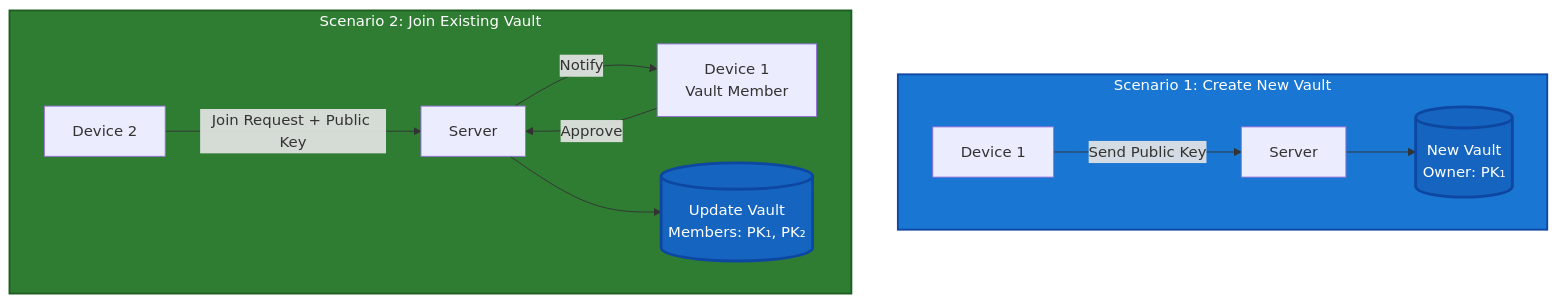
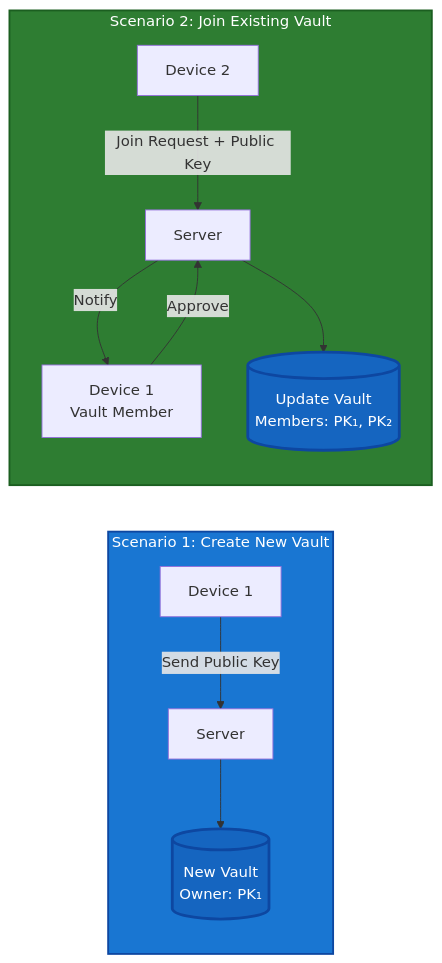
One commit to meta-secret/meta-secret-core changed the fifth of 11 diagrams in docs/meta-secret-technical-presentation.md. Above: the diagram before and after it, drawn with Mermaid. The commit also changed other lines of this file, not shown here.

Commit message:
improvements

````diff
--- a/docs/meta-secret-technical-presentation.md
+++ b/docs/meta-secret-technical-presentation.md
@@ -364,19 +314,19 @@
 ```mermaid
-flowchart TB
+flowchart LR
     subgraph CREATE["Scenario 1: Create New Vault"]
         D1[Device 1] -->|Send Public Key| S1[Server]
         S1 --> V1[(New Vault<br/>Owner: PK₁)]
     end
     
     subgraph JOIN["Scenario 2: Join Existing Vault"]
         D2[Device 2] -->|Join Request + Public Key| S2[Server]
         S2 -->|Notify| D1B[Device 1<br/>Vault Member]
         D1B -->|Approve| S2
         S2 --> V2[(Update Vault<br/>Members: PK₁, PK₂)]
     end
     
     style V1 fill:#1565c0,color:#fff,stroke:#0d47a1,stroke-width:3px
     style V2 fill:#1565c0,color:#fff,stroke:#0d47a1,stroke-width:3px
     style CREATE fill:#1976d2,color:#fff,stroke:#0d47a1,stroke-width:2px
     style JOIN fill:#2e7d32,color:#fff,stroke:#1b5e20,stroke-width:2px
 ```
````
